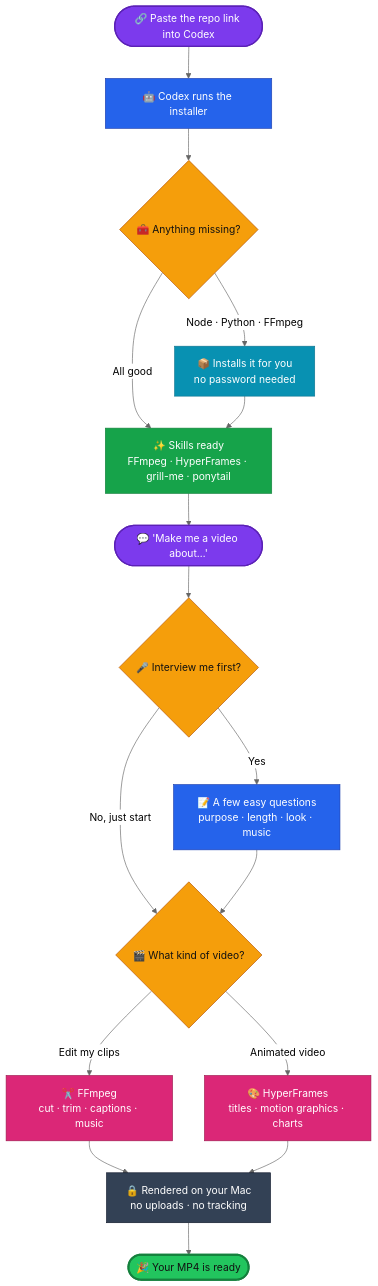
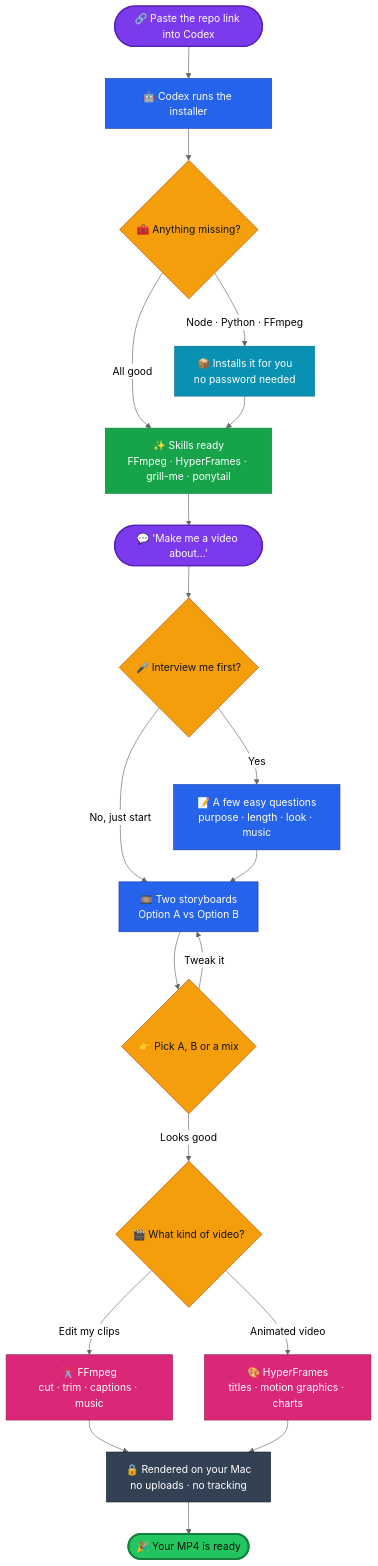
Before and after one commit to chanooooot/VDO-for-LTD: the diagram in README.md, drawn with Mermaid (neutral theme). The commit also changed other lines of this file and 2 other files, not shown here.

Commit message:
Propose two storyboards before building a video
video-kickoff now offers two text storyboards (scene table) after the
plan is set and builds only after the user picks one. Simple edits of
existing clips skip it. Flowchart and docs updated.

````diff
--- a/README.md
+++ b/README.md
@@ -11,27 +11,30 @@
 ```mermaid
 flowchart TD
     A(["🔗 Paste the repo link into Codex"]):::start --> B["🤖 Codex runs the installer"]:::agent
     B --> C{"🧰 Anything missing?"}:::check
     C -- "Node · Python · FFmpeg" --> D["📦 Installs it for you<br/>no password needed"]:::setup
     C -- "All good" --> E
     D --> E["✨ Skills ready<br/>FFmpeg · HyperFrames · grill-me · ponytail"]:::ready
     E --> F(["💬 'Make me a video about…'"]):::start
     F --> G{"🎤 Interview me first?"}:::check
     G -- "Yes" --> H["📝 A few easy questions<br/>purpose · length · look · music"]:::agent
-    G -- "No, just start" --> I
-    H --> I{"🎬 What kind of video?"}:::check
+    G -- "No, just start" --> S
+    H --> S["🎞️ Two storyboards<br/>Option A vs Option B"]:::agent
+    S --> P{"👉 Pick A, B or a mix"}:::check
+    P -- "Tweak it" --> S
+    P -- "Looks good" --> I{"🎬 What kind of video?"}:::check
     I -- "Edit my clips" --> J["✂️ FFmpeg<br/>cut · trim · captions · music"]:::tool
     I -- "Animated video" --> K["🎨 HyperFrames<br/>titles · motion graphics · charts"]:::tool
     J --> L["🔒 Rendered on your Mac<br/>no uploads · no tracking"]:::safe
     K --> L
     L --> M(["🎉 Your MP4 is ready"]):::done
 
     classDef start fill:#7c3aed,stroke:#5b21b6,color:#fff,stroke-width:2px
     classDef agent fill:#2563eb,stroke:#1e40af,color:#fff
     classDef check fill:#f59e0b,stroke:#b45309,color:#111
     classDef setup fill:#0891b2,stroke:#0e7490,color:#fff
     classDef ready fill:#16a34a,stroke:#15803d,color:#fff
     classDef tool fill:#db2777,stroke:#9d174d,color:#fff
     classDef safe fill:#334155,stroke:#0f172a,color:#fff
     classDef done fill:#22c55e,stroke:#15803d,color:#111,stroke-width:3px
 ```
````
